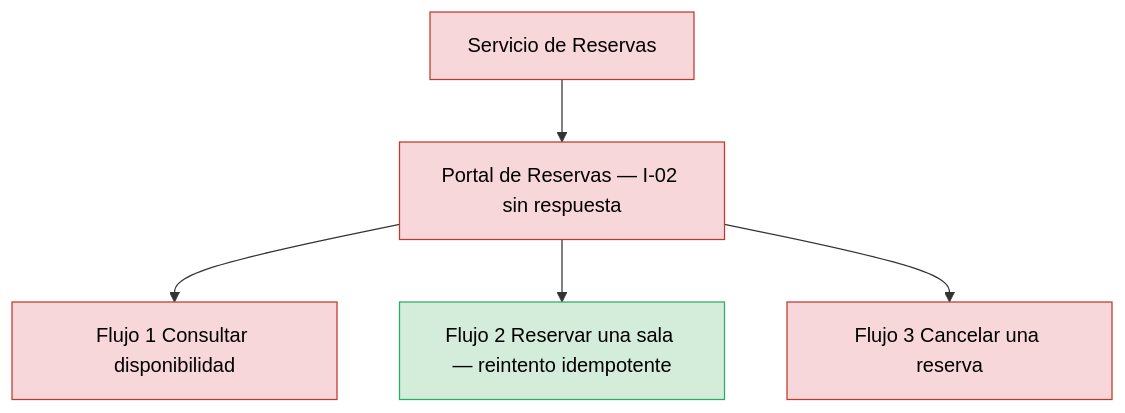
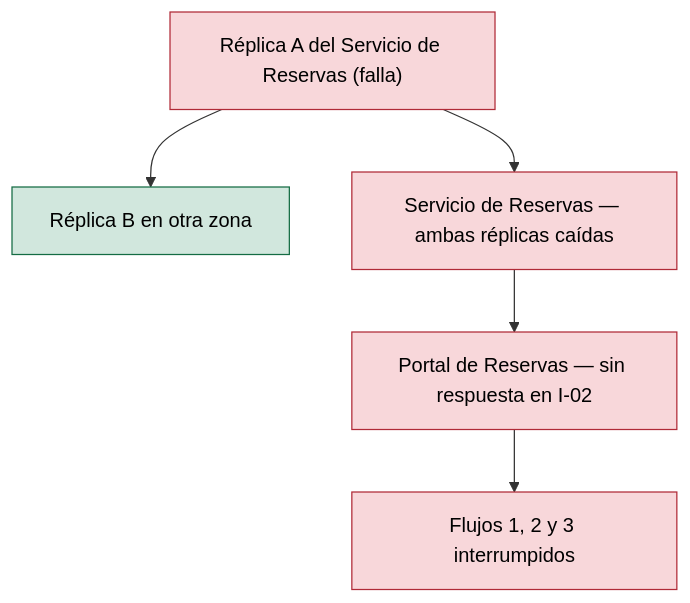
The third of 3 diagrams in analysis/BLAST-RADIUS-2026-11-03.md (shadowX4fox/northwind-reservas), drawn with Mermaid before and after one commit. The commit also changed other lines of this file and 7 other files, not shown here.

````diff
--- a/analysis/BLAST-RADIUS-2026-11-03.md
+++ b/analysis/BLAST-RADIUS-2026-11-03.md
@@ -81,14 +77,14 @@
 ```mermaid
 flowchart TB
-  SVC["Servicio de Reservas"]:::cascading
-  PORTAL["Portal de Reservas — I-02 sin respuesta"]:::cascading
-  F1["Flujo 1 Consultar disponibilidad"]:::cascading
-  F2["Flujo 2 Reservar una sala — reintento idempotente"]:::contained
-  F3["Flujo 3 Cancelar una reserva"]:::cascading
+  R1["Réplica A del Servicio de Reservas (falla)"]:::cascading
+  R2["Réplica B en otra zona"]:::contained
+  SVC["Servicio de Reservas — ambas réplicas caídas"]:::cascading
+  PORTAL["Portal de Reservas — sin respuesta en I-02"]:::cascading
+  F["Flujos 1, 2 y 3 interrumpidos"]:::cascading
+  R1 --> R2
+  R1 --> SVC
   SVC --> PORTAL
-  PORTAL --> F1
-  PORTAL --> F2
-  PORTAL --> F3
-  classDef cascading fill:#f8d7da,stroke:#c0392b,color:#000
-  classDef contained fill:#d4edda,stroke:#27ae60,color:#000
+  PORTAL --> F
+  classDef cascading fill:#f8d7da,stroke:#b02a37,color:#000
+  classDef contained fill:#d1e7dd,stroke:#146c43,color:#000
 ```
````
